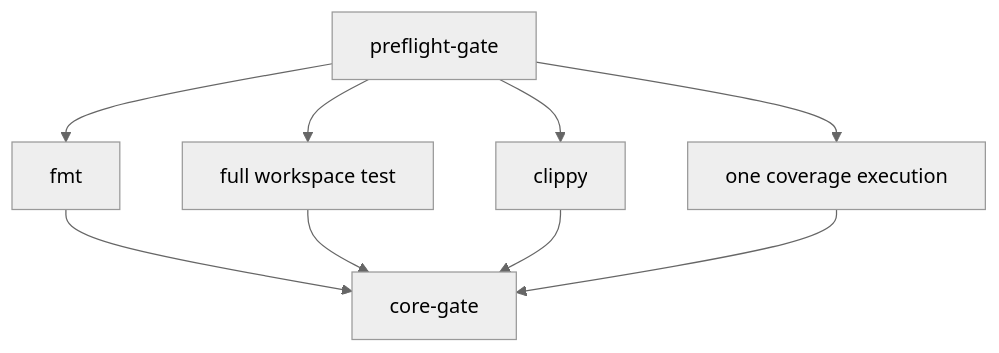
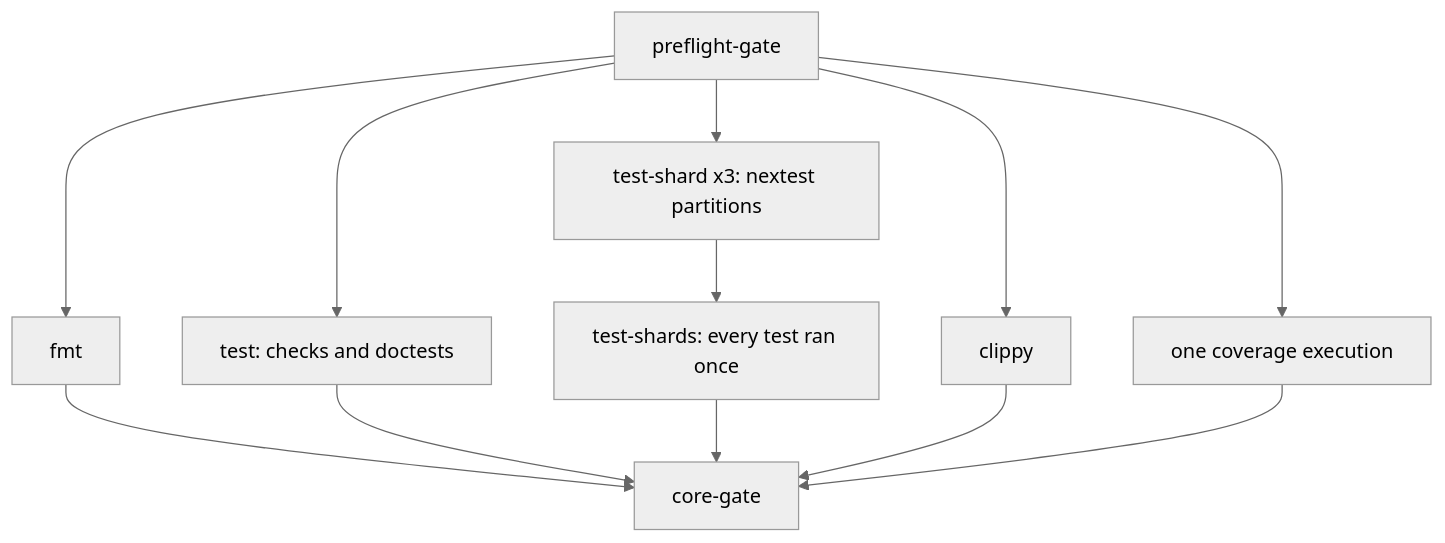
The sixth of 14 diagrams in CONTRIBUTING.md (arceushui/pigloros), drawn with Mermaid (neutral theme) before and after one commit. The commit also changed other lines of this file and 3 other files, not shown here.

````diff
--- a/CONTRIBUTING.md
+++ b/CONTRIBUTING.md
@@ -185,11 +185,14 @@
 ```mermaid
 flowchart TD
     P["preflight-gate"] --> F["fmt"]
-    P --> T["full workspace test"]
+    P --> T["test: checks and doctests"]
+    P --> S["test-shard x3: nextest partitions"]
     P --> C["clippy"]
     P --> V["one coverage execution"]
+    S --> A["test-shards: every test ran once"]
     F --> G["core-gate"]
     T --> G
+    A --> G
     C --> G
     V --> G
 ```
````
